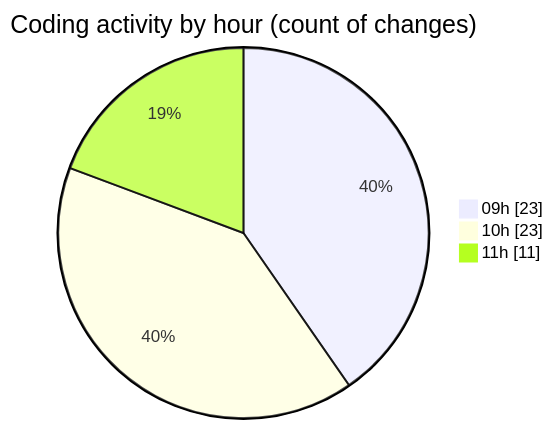
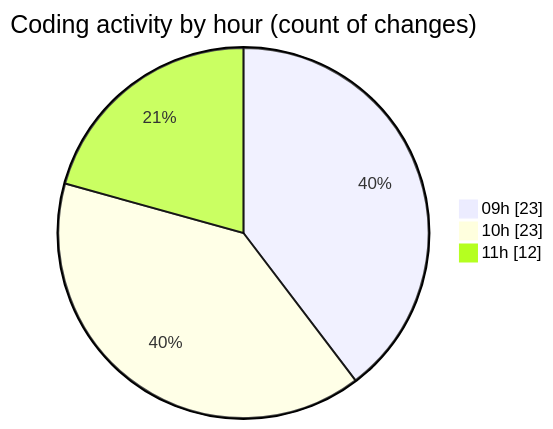
The second of 2 diagrams in 2025-10-23/cda/README.md (momahboobian/code-tracking), drawn with Mermaid before and after one commit. The commit also changed other lines of this file and 1 other file, not shown here.

````diff
--- a/2025-10-23/cda/README.md
+++ b/2025-10-23/cda/README.md
@@ -31,7 +31,7 @@
 ```mermaid
 pie showData
 title Coding activity by hour (count of changes)
 "09h" : 23
 "10h" : 23
-"11h" : 11
+"11h" : 12
 ```
````
